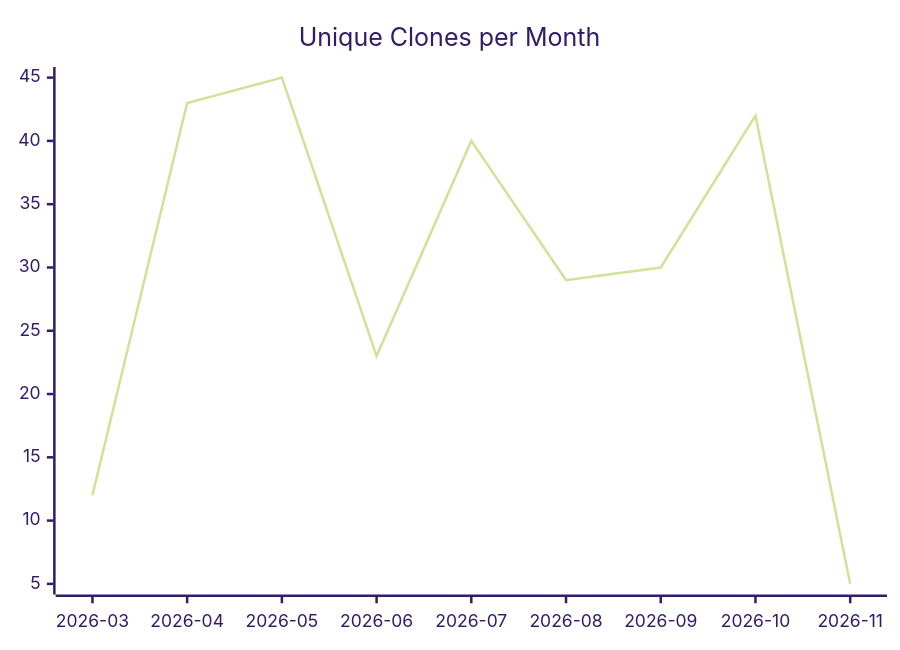
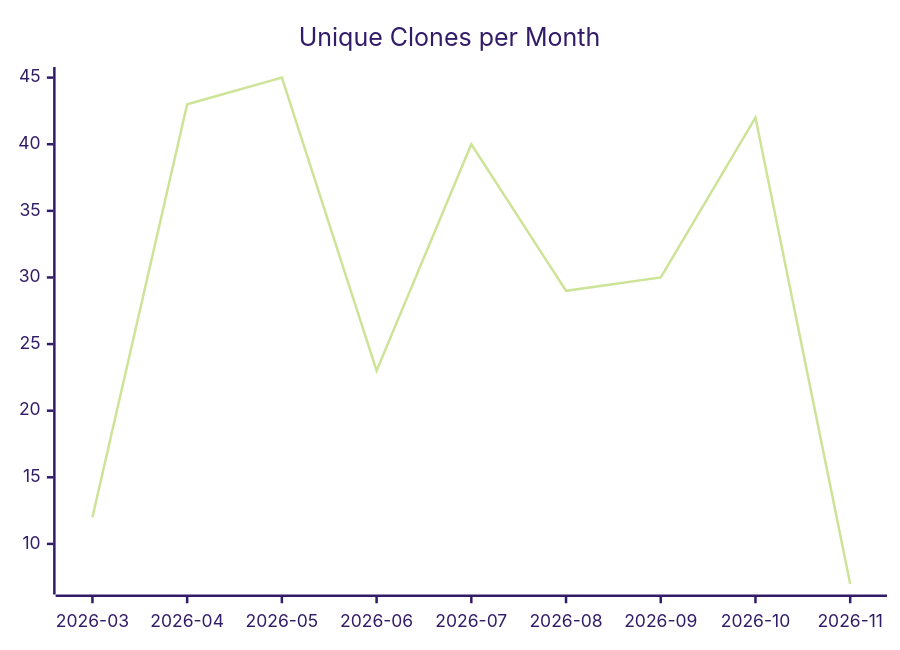
One commit to justdavis-family/github-analytics-data changed the third of 3 diagrams in karlmdavis/ksoap2-android/README.md. Above: the diagram before and after it, drawn with Mermaid (forest theme). The commit also changed other lines of this file and 188 other files, not shown here.

````diff
--- a/karlmdavis/ksoap2-android/README.md
+++ b/karlmdavis/ksoap2-android/README.md
@@ -19,6 +19,6 @@
 ```mermaid
 xychart-beta
   title "Unique Clones per Month"
   x-axis ["2026-03", "2026-04", "2026-05", "2026-06", "2026-07", "2026-08", "2026-09", "2026-10", "2026-11"]
-  line [12, 43, 45, 23, 40, 29, 30, 42, 5]
+  line [12, 43, 45, 23, 40, 29, 30, 42, 7]
 ```
````
